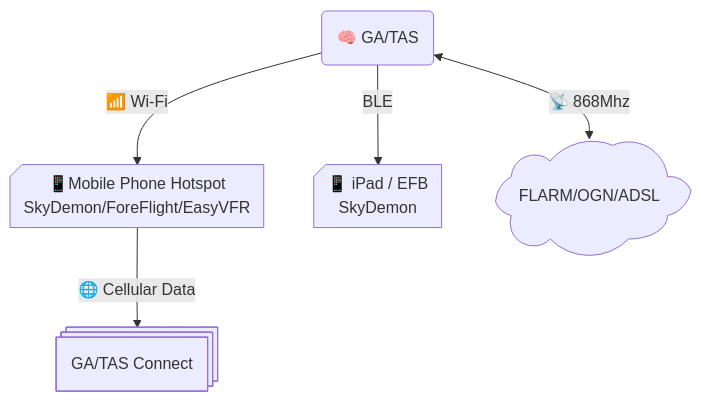
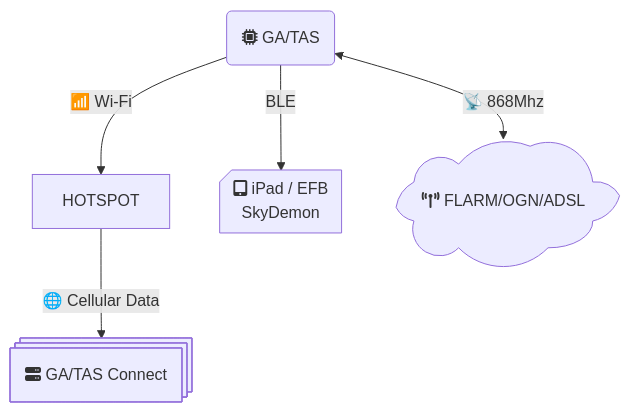
One commit to rvt/gatas-doc changed the first of 3 diagrams in docs/First-Time-Setup.md. Above: the diagram before and after it, drawn with Mermaid. The commit also changed other lines of this file and 14 other files, not shown here.

````diff
--- a/docs/First-Time-Setup.md
+++ b/docs/First-Time-Setup.md
@@ -16,24 +11,20 @@
 ```mermaid
 flowchart TB
     GATAS -->|📶 Wi-Fi| HOTSPOT
     HOTSPOT -->|🌐 Cellular Data| GatasConnect
 
     GATAS --> |BLE| IPAD
-    GATAS <--> |📡 868Mhz| Radio[FLARM/OGN/ADSL]
+    GATAS <--> |📡 868Mhz| Radio[fa:fa-tower-broadcast FLARM/OGN/ADSL ]
 
 
-    GatasConnect[GA/TAS Connect]
+    GatasConnect[fa:fa-server GA/TAS Connect]
     GatasConnect@{ shape: procs }
 
-    HOTSPOT[📱Mobile Phone Hotspot<br />SkyDemon/ForeFlight/EasyVFR]
-    HOTSPOT@{ shape: card }
-
-    GATAS[🧠 GA/TAS]
+    GATAS[fa:fa-microchip GA/TAS]
     GATAS@{ shape: rounded}
 
-    Radio[FLARM/OGN/ADSL]
+    Radio[fa:fa-tower-broadcast FLARM/OGN/ADSL]
     Radio@{ shape: cloud }
-
-    IPAD[📱 iPad / EFB<br />SkyDemon]
+    IPAD[fa:fa-tablet-screen-button iPad / EFB<br />SkyDemon ]
     IPAD@{ shape: card }
 ```
````
